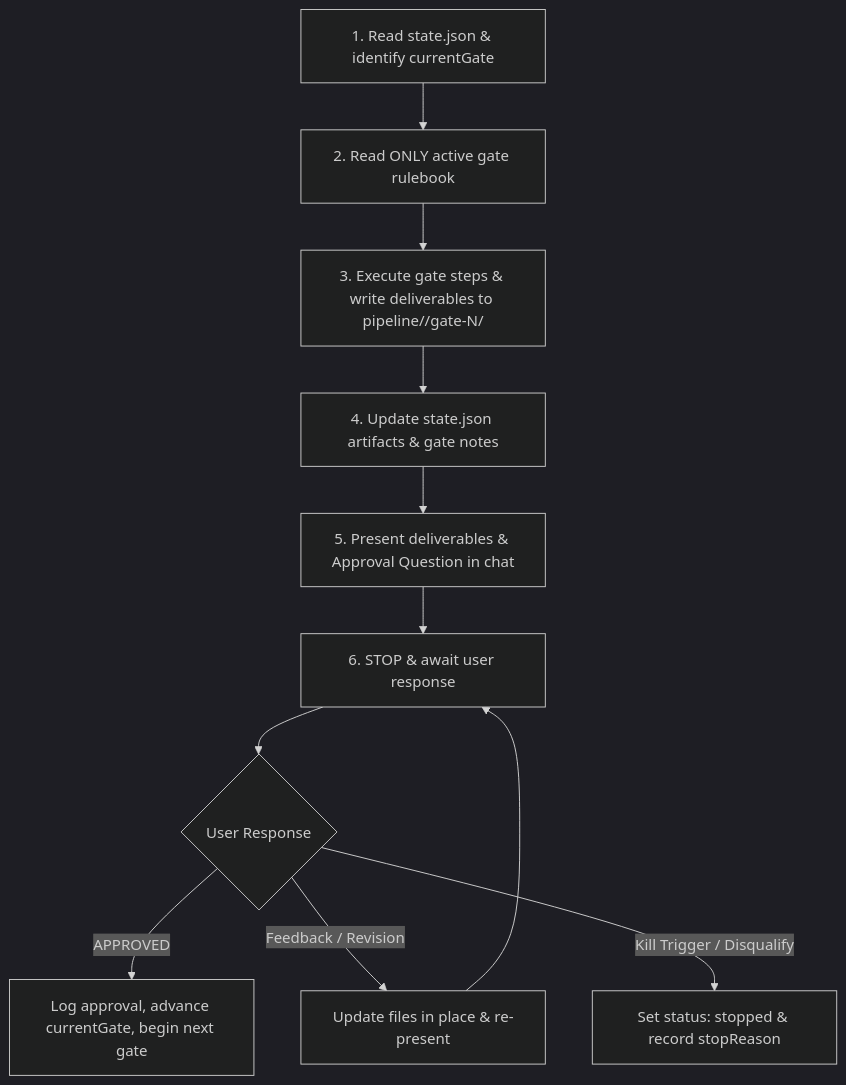
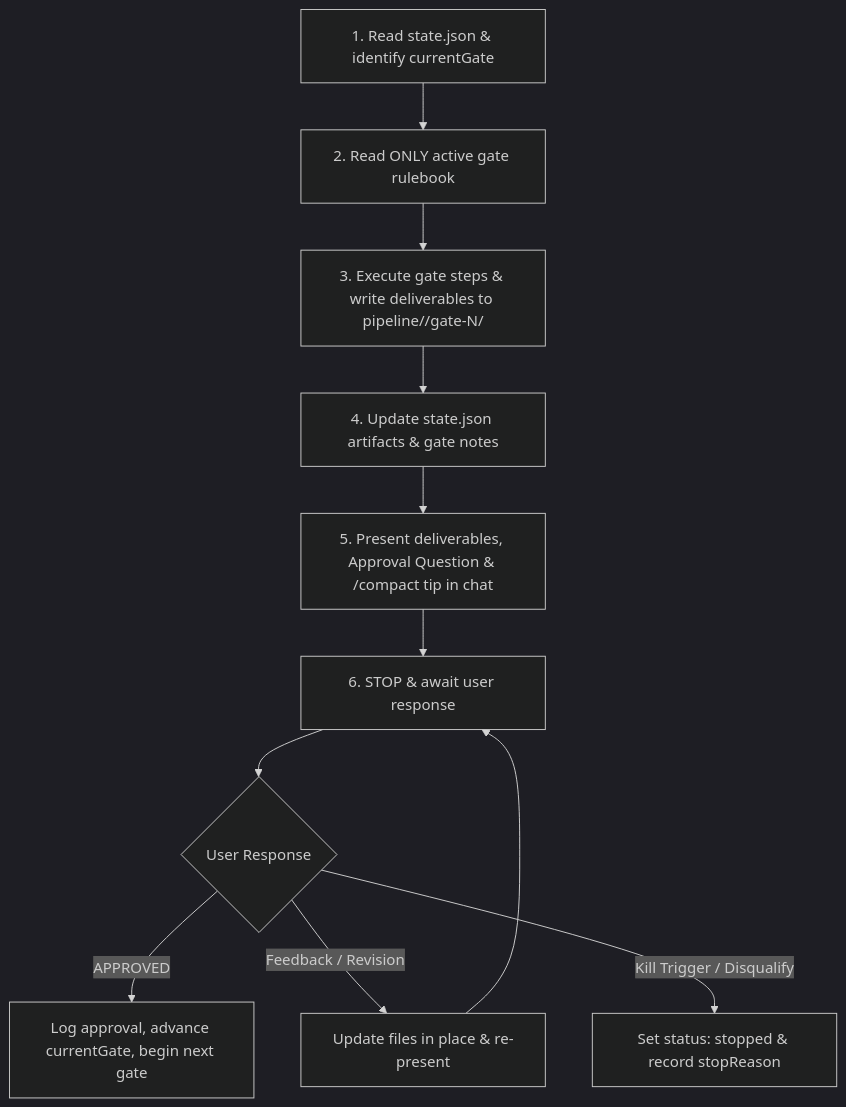
One commit to devanshdeveloper/skills-by-devansh changed the diagram in skills/sales-pipeline/SKILL.md. Above: the diagram before and after it, drawn with Mermaid (dark theme). The commit also changed other lines of this file and 17 other files, not shown here.

````diff
--- a/skills/sales-pipeline/SKILL.md
+++ b/skills/sales-pipeline/SKILL.md
@@ -90,13 +96,13 @@
 ```mermaid
 flowchart TD
     A["1. Read state.json & identify currentGate"] --> B["2. Read ONLY active gate rulebook"]
     B --> C["3. Execute gate steps & write deliverables to pipeline/<prospect>/gate-N/"]
     C --> D["4. Update state.json artifacts & gate notes"]
-    D --> E["5. Present deliverables & Approval Question in chat"]
+    D --> E["5. Present deliverables, Approval Question & /compact tip in chat"]
     E --> F["6. STOP & await user response"]
     F --> G{"User Response"}
     G -->|"APPROVED"| H["Log approval, advance currentGate, begin next gate"]
     G -->|"Feedback / Revision"| I["Update files in place & re-present"]
     I --> F
     G -->|"Kill Trigger / Disqualify"| J["Set status: stopped & record stopReason"]
 ```
````
